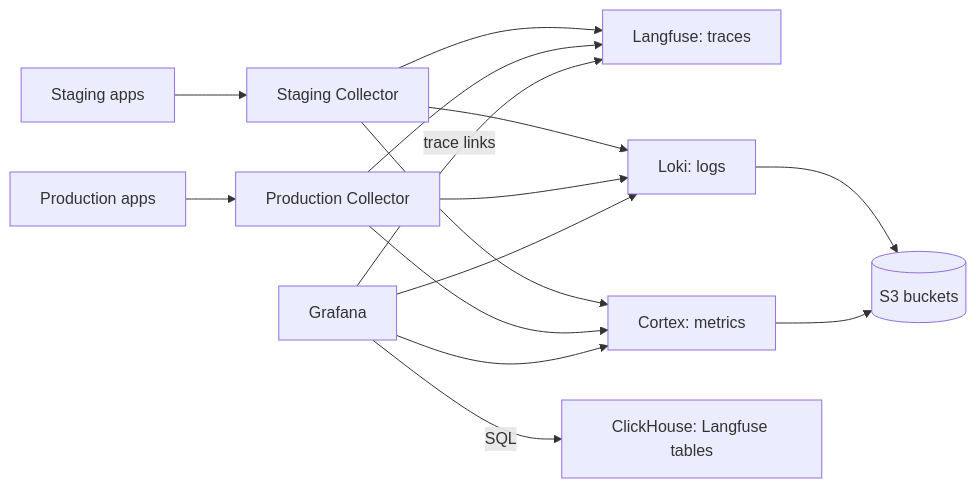
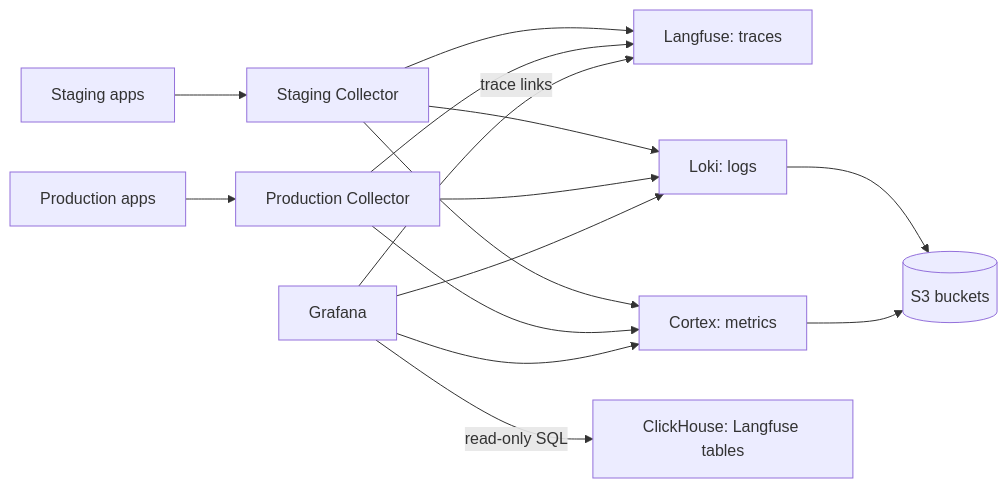
One commit to the-liems/relohome changed the diagram in docs/runbooks/observability.md. Above: the diagram before and after it, drawn with Mermaid. The commit also changed other lines of this file and 5 other files, not shown here.

Commit message:
fix(observability): use read-only ClickHouse user for Grafana

````diff
--- a/docs/runbooks/observability.md
+++ b/docs/runbooks/observability.md
@@ -10,13 +10,13 @@
 ```mermaid
 flowchart LR
     S[Staging apps] --> SC[Staging Collector]
     P[Production apps] --> PC[Production Collector]
     SC & PC --> LF[Langfuse: traces]
     SC & PC --> L[Loki: logs]
     SC & PC --> M[Cortex: metrics]
     L & M --> S3[(S3 buckets)]
     G[Grafana] --> L
     G --> M
-    G -->|SQL| CH[ClickHouse: Langfuse tables]
+    G -->|read-only SQL| CH[ClickHouse: Langfuse tables]
     G -->|trace links| LF
 ```
````
